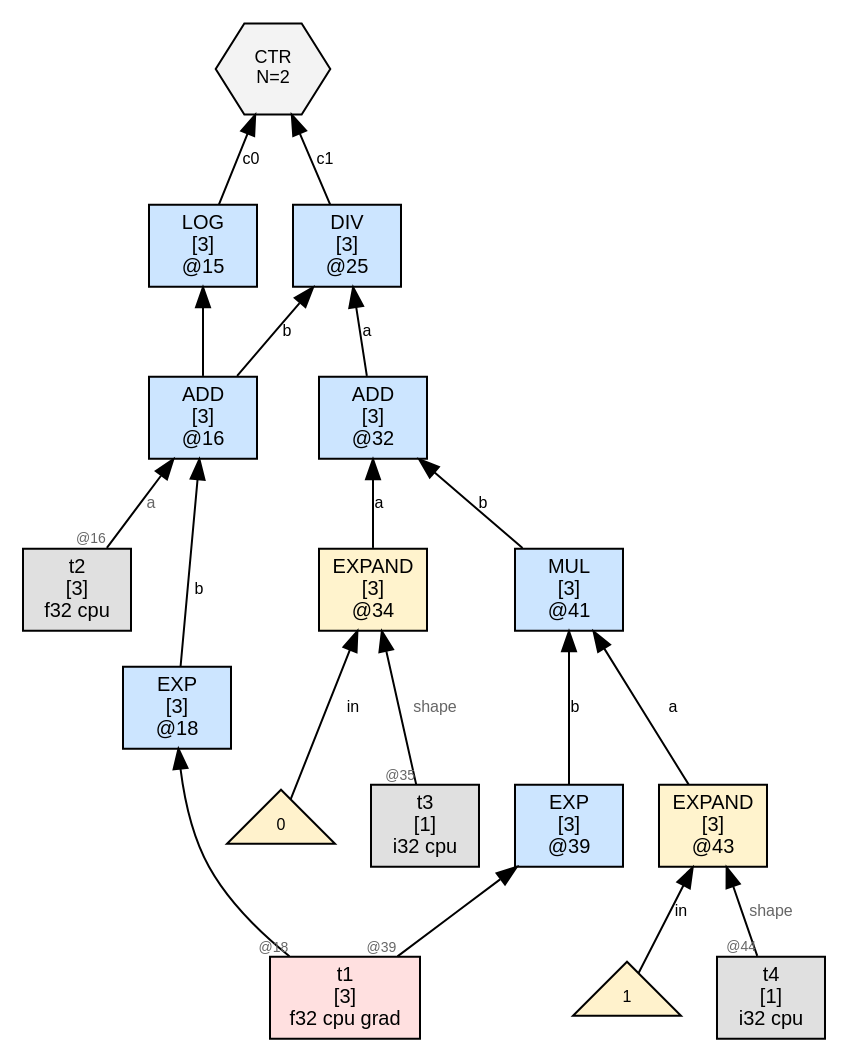
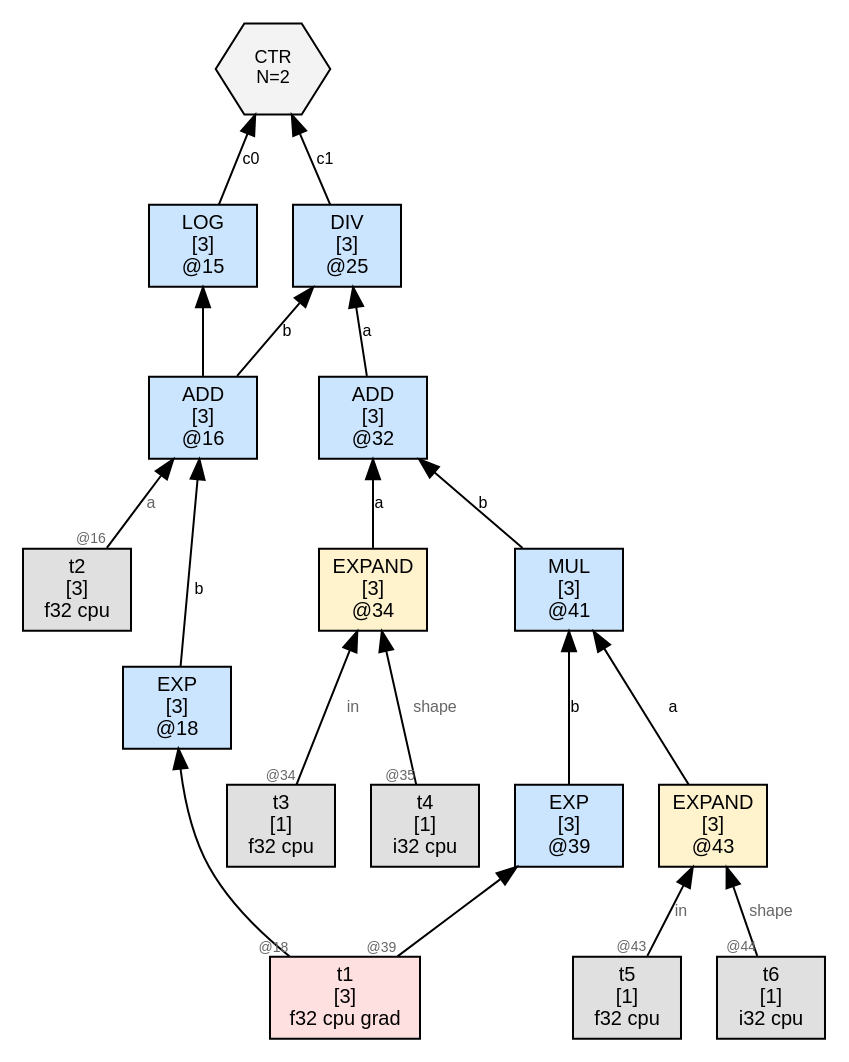
One commit to sw1sh/TinyHVM changed the diagram in wl/examples/thvm_graphs/grad_rules/gradu_softplus/thvm_2_post_sweep.dot. Above: the diagram before and after it, drawn with Graphviz. The commit also changed 163 other files, not shown here.

First line of the commit message:
grad: GRAD2 leaf emits shape-[1] TEN instead of raw NUM

```diff
--- a/wl/examples/thvm_graphs/grad_rules/gradu_softplus/thvm_2_post_sweep.dot
+++ b/wl/examples/thvm_graphs/grad_rules/gradu_softplus/thvm_2_post_sweep.dot
@@ -1,39 +1,39 @@
 digraph G {
   rankdir=BT;
   node [fontname="Helvetica", fontsize=10, style=filled, shape=box, margin="0.1,0.05"];
   edge [fontsize=8, fontname="Helvetica"];
 
   n15 [label="LOG\n[3]\n@15", shape=box, fillcolor="#cce5ff"];
   n16 -> n15 [label=""];
   n25 [label="DIV\n[3]\n@25", shape=box, fillcolor="#cce5ff"];
   n32 -> n25 [label="a"];
   n16 -> n25 [label="b"];
   n16 [label="ADD\n[3]\n@16", shape=box, fillcolor="#cce5ff"];
   t2 [label="t2\n[3]\nf32 cpu",shape=box,fillcolor="#e0e0e0"];
   t2 -> n16 [label="a",taillabel="@16",labelfontsize=7,fontcolor="#666666"];
   n18 -> n16 [label="b"];
   n18 [label="EXP\n[3]\n@18", shape=box, fillcolor="#cce5ff"];
   t1 [label="t1\n[3]\nf32 cpu grad",shape=box,fillcolor="#ffe0e0"];
   t1 -> n18 [label="",taillabel="@18",labelfontsize=7,fontcolor="#666666"];
   ctr12 [label="CTR\nN=2", shape=hexagon, fillcolor="#f3f3f3", fontsize=9];
   n15 -> ctr12 [label="c0"];
   n25 -> ctr12 [label="c1"];
   n32 [label="ADD\n[3]\n@32", shape=box, fillcolor="#cce5ff"];
   n34 -> n32 [label="a"];
   n41 -> n32 [label="b"];
   n34 [label="EXPAND\n[3]\n@34", shape=box, fillcolor="#fff3cd"];
-  num34_0 [label="0",shape=triangle,fillcolor="#fff2cc",fontsize=8];
-  num34_0 -> n34 [label="in"];
-  t3 [label="t3\n[1]\ni32 cpu",shape=box,fillcolor="#e0e0e0"];
-  t3 -> n34 [label="shape",taillabel="@35",labelfontsize=7,fontcolor="#666666"];
+  t3 [label="t3\n[1]\nf32 cpu",shape=box,fillcolor="#e0e0e0"];
+  t3 -> n34 [label="in",taillabel="@34",labelfontsize=7,fontcolor="#666666"];
+  t4 [label="t4\n[1]\ni32 cpu",shape=box,fillcolor="#e0e0e0"];
+  t4 -> n34 [label="shape",taillabel="@35",labelfontsize=7,fontcolor="#666666"];
   n41 [label="MUL\n[3]\n@41", shape=box, fillcolor="#cce5ff"];
   n43 -> n41 [label="a"];
   n39 -> n41 [label="b"];
   n43 [label="EXPAND\n[3]\n@43", shape=box, fillcolor="#fff3cd"];
-  num43_0 [label="1",shape=triangle,fillcolor="#fff2cc",fontsize=8];
-  num43_0 -> n43 [label="in"];
-  t4 [label="t4\n[1]\ni32 cpu",shape=box,fillcolor="#e0e0e0"];
-  t4 -> n43 [label="shape",taillabel="@44",labelfontsize=7,fontcolor="#666666"];
+  t5 [label="t5\n[1]\nf32 cpu",shape=box,fillcolor="#e0e0e0"];
+  t5 -> n43 [label="in",taillabel="@43",labelfontsize=7,fontcolor="#666666"];
+  t6 [label="t6\n[1]\ni32 cpu",shape=box,fillcolor="#e0e0e0"];
+  t6 -> n43 [label="shape",taillabel="@44",labelfontsize=7,fontcolor="#666666"];
   n39 [label="EXP\n[3]\n@39", shape=box, fillcolor="#cce5ff"];
   t1 -> n39 [label="",taillabel="@39",labelfontsize=7,fontcolor="#666666"];
 }
```
